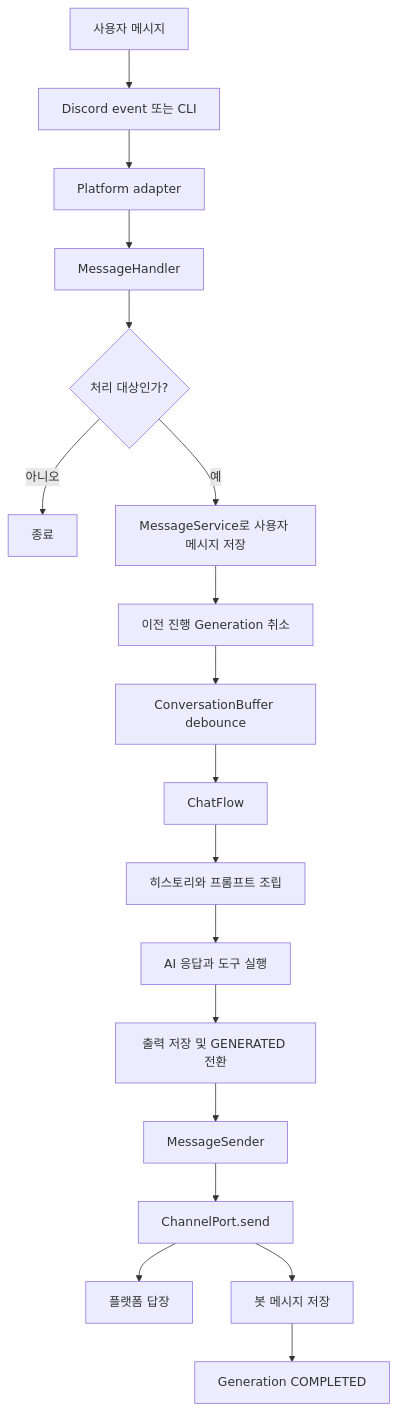
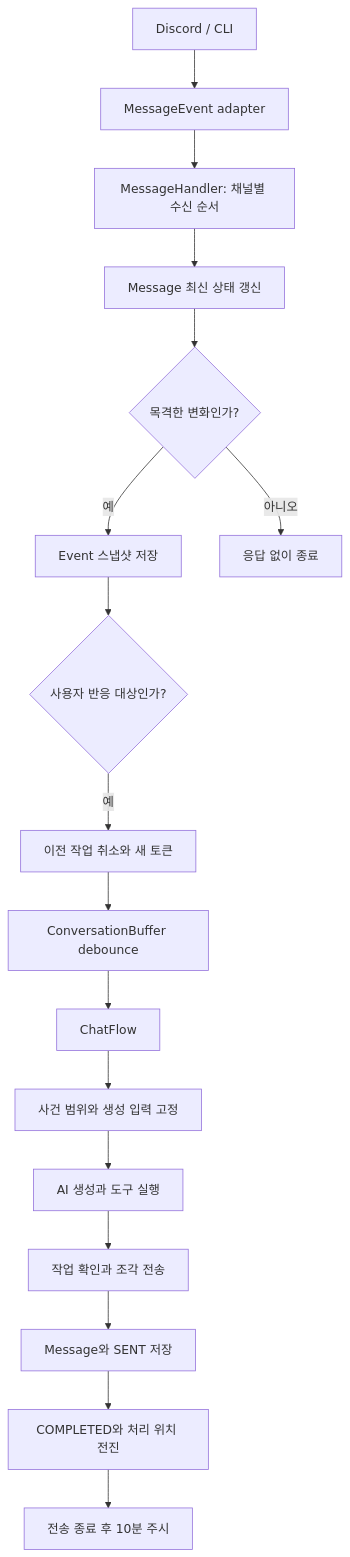
One commit to uheej0625/aimate changed the first of 2 diagrams in docs/architecture.md. Above: the diagram before and after it, drawn with Mermaid. The commit also changed other lines of this file, not shown here.

````diff
--- a/docs/architecture.md
+++ b/docs/architecture.md
@@ -48,20 +48,19 @@
 ```mermaid
 flowchart TD
-    User[사용자 메시지] --> Platform[Discord event 또는 CLI]
-    Platform --> Adapter[Platform adapter]
-    Adapter --> Handler[MessageHandler]
-    Handler --> Filter{처리 대상인가?}
-    Filter -- 아니오 --> Stop[종료]
-    Filter -- 예 --> Save[MessageService로 사용자 메시지 저장]
-    Save --> Cancel[이전 진행 Generation 취소]
+    Platform[Discord / CLI] --> Adapter[MessageEvent adapter]
+    Adapter --> Handler[MessageHandler: 채널별 수신 순서]
+    Handler --> State[Message 최신 상태 갱신]
+    State --> Observe{목격한 변화인가?}
+    Observe -- 예 --> Event[Event 스냅샷 저장]
+    Observe -- 아니오 --> Stop[응답 없이 종료]
+    Event --> Respond{사용자 반응 대상인가?}
+    Respond -- 예 --> Cancel[이전 작업 취소와 새 토큰]
     Cancel --> Buffer[ConversationBuffer debounce]
     Buffer --> Flow[ChatFlow]
-    Flow --> Context[히스토리와 프롬프트 조립]
-    Context --> Generate[AI 응답과 도구 실행]
-    Generate --> Record[출력 저장 및 GENERATED 전환]
-    Record --> Sender[MessageSender]
-    Sender --> Channel[ChannelPort.send]
-    Channel --> Reply[플랫폼 답장]
-    Channel --> SaveReply[봇 메시지 저장]
-    SaveReply --> Complete[Generation COMPLETED]
+    Flow --> Context[사건 범위와 생성 입력 고정]
+    Context --> Generate[AI 생성과 도구 실행]
+    Generate --> Sender[작업 확인과 조각 전송]
+    Sender --> Sent[Message와 SENT 저장]
+    Sent --> Complete[COMPLETED와 처리 위치 전진]
+    Complete --> Grace[전송 종료 후 10분 주시]
 ```
````
